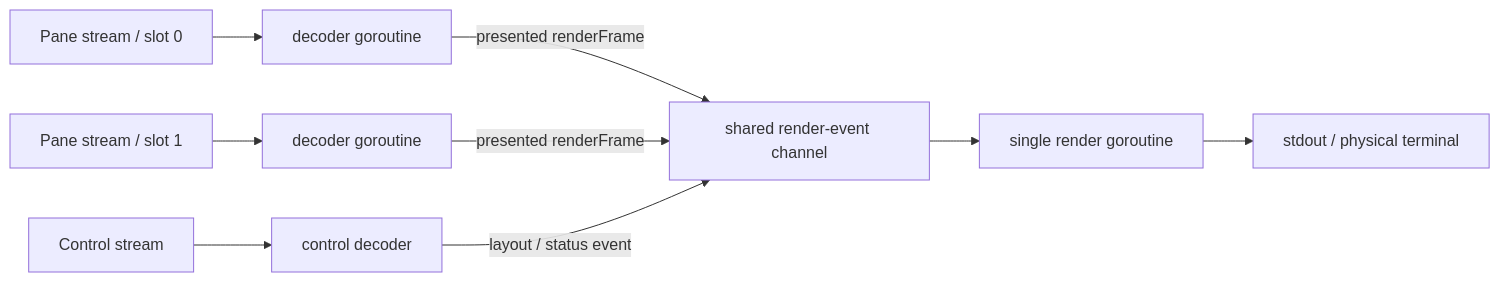
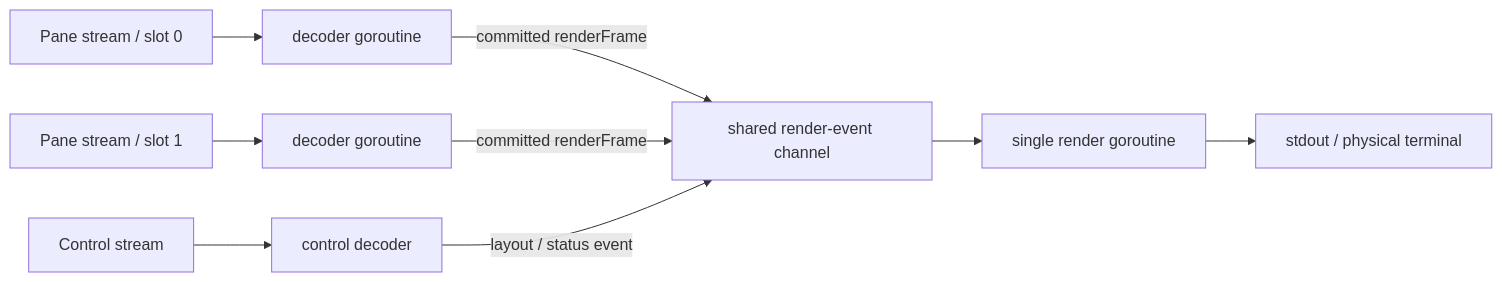
The eighth of 9 diagrams in ARCHITECTURE.md (garindra/meja), drawn with Mermaid before and after one commit. The commit also changed other lines of this file and 26 other files, not shown here.

First line of the commit message:
[v0.0.23] Phase 3: frame and compress reliable render output

````diff
--- a/ARCHITECTURE.md
+++ b/ARCHITECTURE.md
@@ -1161,11 +1213,11 @@
 ```mermaid
 flowchart LR
     Q1["Pane stream / slot 0"] --> G1["decoder goroutine"]
     Q2["Pane stream / slot 1"] --> G2["decoder goroutine"]
     QC["Control stream"] --> GC["control decoder"]
-    G1 -->|"presented renderFrame"| E["shared render-event channel"]
-    G2 -->|"presented renderFrame"| E
+    G1 -->|"committed renderFrame"| E["shared render-event channel"]
+    G2 -->|"committed renderFrame"| E
     GC -->|"layout / status event"| E
     E --> R["single render goroutine"]
     R --> O["stdout / physical terminal"]
 ```
````
